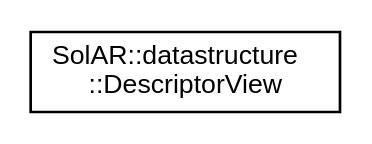
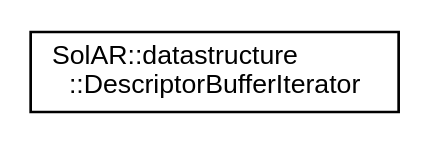
Before and after one commit to SolarFramework/solarframework.github.io: the diagram in api_documentation/inherit_graph_11.dot, drawn with Graphviz. The commit also changed 544 other files, not shown here.

```diff
--- a/api_documentation/inherit_graph_11.dot
+++ b/api_documentation/inherit_graph_11.dot
@@ -1,7 +1,7 @@
 digraph "Graphical Class Hierarchy"
 {
   edge [fontname="Helvetica",fontsize="10",labelfontname="Helvetica",labelfontsize="10"];
   node [fontname="Helvetica",fontsize="10",shape=record];
   rankdir="LR";
-  Node0 [label="SolAR::datastructure\l::DescriptorView",height=0.2,width=0.4,color="black", fillcolor="white", style="filled",URL="$class_sol_a_r_1_1datastructure_1_1_descriptor_view.html"];
+  Node0 [label="SolAR::datastructure\l::DescriptorBufferIterator",height=0.2,width=0.4,color="black", fillcolor="white", style="filled",URL="$class_sol_a_r_1_1datastructure_1_1_descriptor_buffer_iterator.html"];
 }
```
